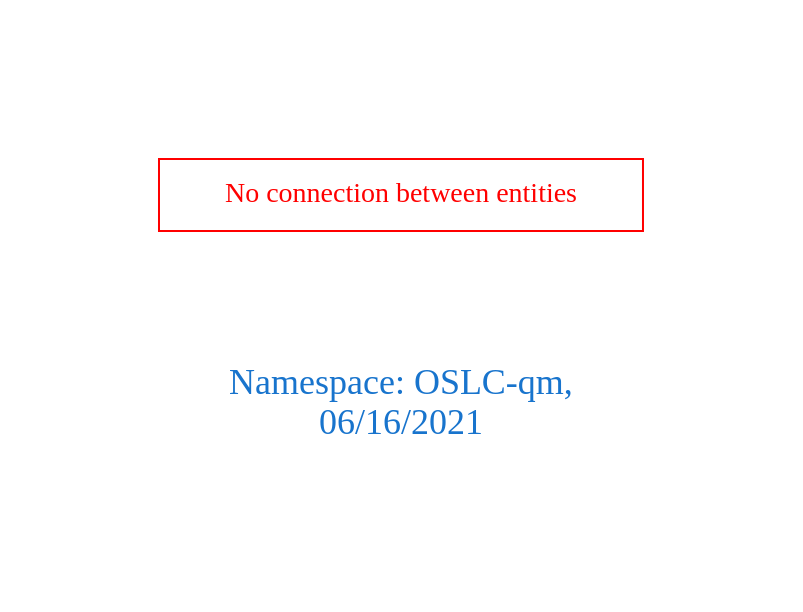
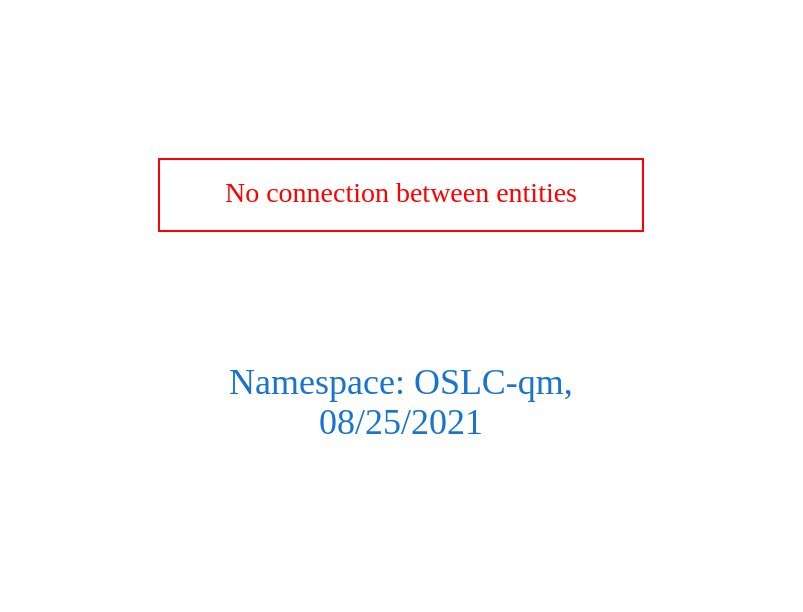
Before and after one commit to arago/OGIT: the diagram in downloads/OSLC-qm.dot, drawn with Graphviz. The commit also changed 1911 other files, not shown here.

```diff
--- a/downloads/OSLC-qm.dot
+++ b/downloads/OSLC-qm.dot
@@ -1,9 +1,9 @@
 digraph OGIT_ontology {
  graph [ rankdir= LR,pad=1 
 fontsize = 18,
-fontcolor= dodgerblue3,label = "\n\n\nNamespace: OSLC-qm, \n 06/16/2021"];
+fontcolor= dodgerblue3,label = "\n\n\nNamespace: OSLC-qm, \n 08/25/2021"];
 node[shape=polygon];
 edge [  color="gray81"];
 
 "No connection between entities" [fontcolor = "red",color="red", shape="polygon"]
 }
```
